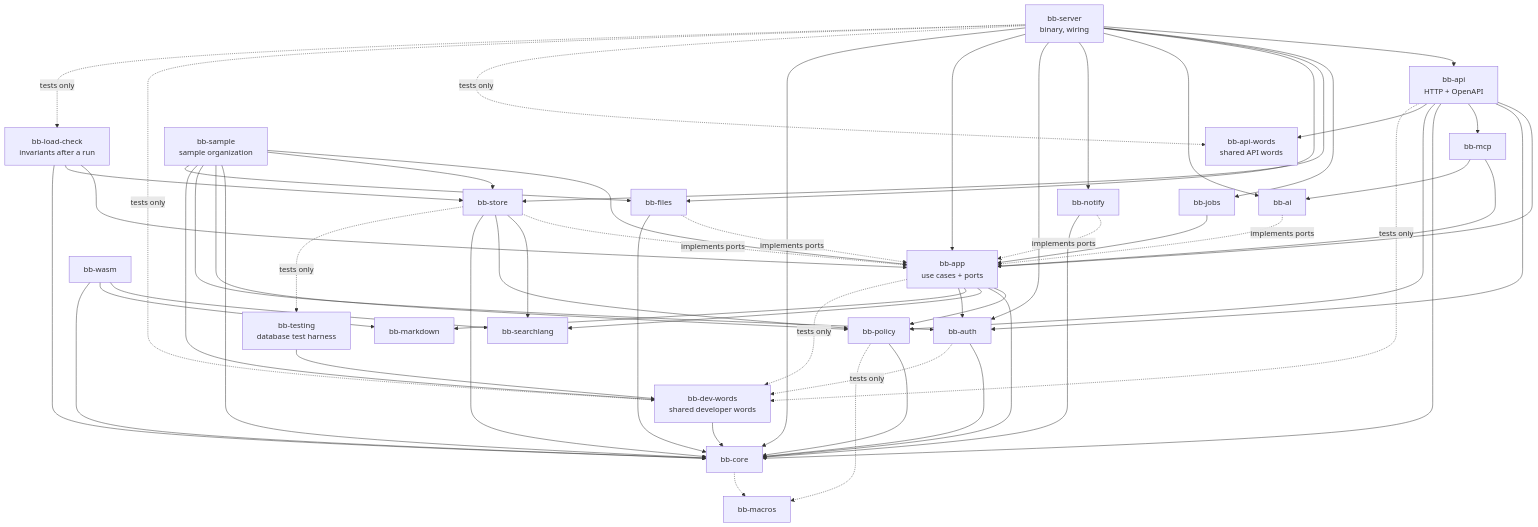
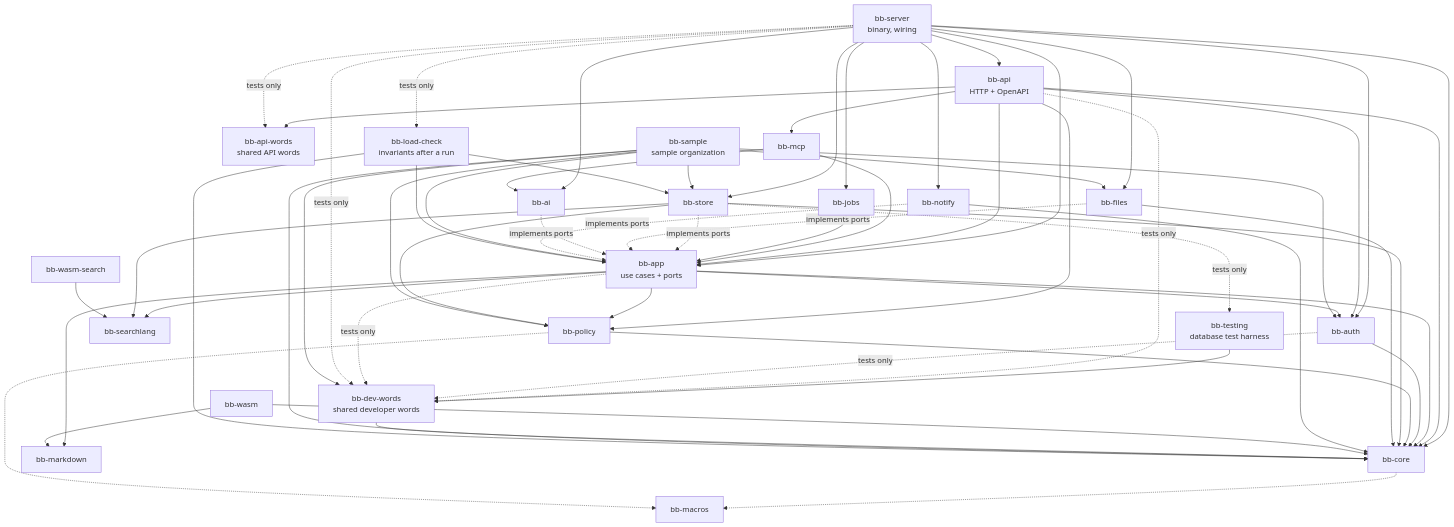
Before and after one commit to Nusi42/Bugaboo: the diagram in docs/architecture/04-building-blocks.md, drawn with Mermaid. The commit also changed other lines of this file and 27 other files, not shown here.

````diff
--- a/docs/architecture/04-building-blocks.md
+++ b/docs/architecture/04-building-blocks.md
@@ -47,53 +49,55 @@
 ```mermaid
 flowchart TB
   server["bb-server<br/>binary, wiring"]
   api["bb-api<br/>HTTP + OpenAPI"]
   words["bb-api-words<br/>shared API words"]
   devwords["bb-dev-words<br/>shared developer words"]
   mcp["bb-mcp"]
   app["bb-app<br/>use cases + ports"]
   policy["bb-policy"]
   core["bb-core"]
   macros["bb-macros"]
   search["bb-searchlang"]
   md["bb-markdown"]
   store["bb-store"]
   files["bb-files"]
   auth["bb-auth"]
   ai["bb-ai"]
   notify["bb-notify"]
   jobs["bb-jobs"]
   wasm["bb-wasm"]
+  wasmsearch["bb-wasm-search"]
   testing["bb-testing<br/>database test harness"]
   sample["bb-sample<br/>sample organization"]
   loadcheck["bb-load-check<br/>invariants after a run"]
 
   server --> api & jobs & store & files & ai & notify & auth & app & core
   api --> app & auth & mcp & core & policy & words
   mcp --> app & ai
   jobs --> app
   app --> policy & core & search & md & auth
   auth --> core
   policy --> core
   core -.-> macros
   policy -.-> macros
   store -. implements ports .-> app
   files -. implements ports .-> app
   ai -. implements ports .-> app
   notify -. implements ports .-> app
   store --> search & policy & core
   files --> core
   notify --> core
-  wasm --> search & md & core
+  wasm --> md & core
+  wasmsearch --> search
   store -. tests only .-> testing
   server -. tests only .-> words
   testing --> devwords
   devwords --> core
   api -. tests only .-> devwords
   auth -. tests only .-> devwords
   app -. tests only .-> devwords
   server -. tests only .-> devwords
   sample --> app & store & core & policy & auth & devwords & files
   loadcheck --> app & store & core
   server -. tests only .-> loadcheck
 ```
````
